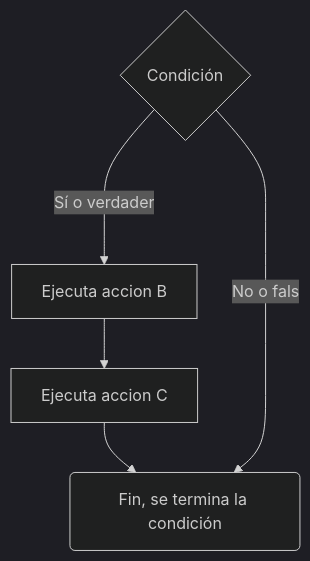
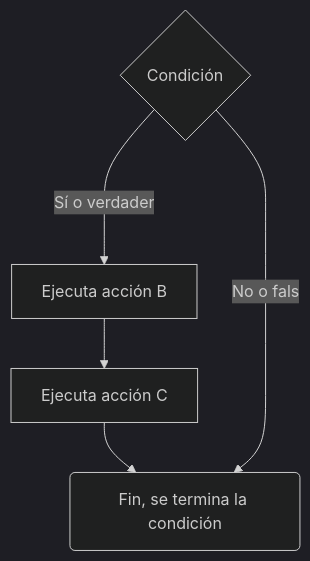
One commit to ayalamarcelo/golang changed the second of 4 diagrams in clase-1-5.md. Above: the diagram before and after it, drawn with Mermaid (dark theme). The commit also changed other lines of this file, not shown here.

````diff
--- a/clase-1-5.md
+++ b/clase-1-5.md
@@ -145,11 +145,11 @@
 ```mermaid
 graph TD
 
 A{Condición};
-B[Ejecuta accion B];
-C[Ejecuta accion C];
+B[Ejecuta acción B];
+C[Ejecuta acción C];
 D(Fin, se termina la condición);
 
 A --Sí o verdadero--> B --> C-->D;
 A --No o falso--> D;
 ```
````
